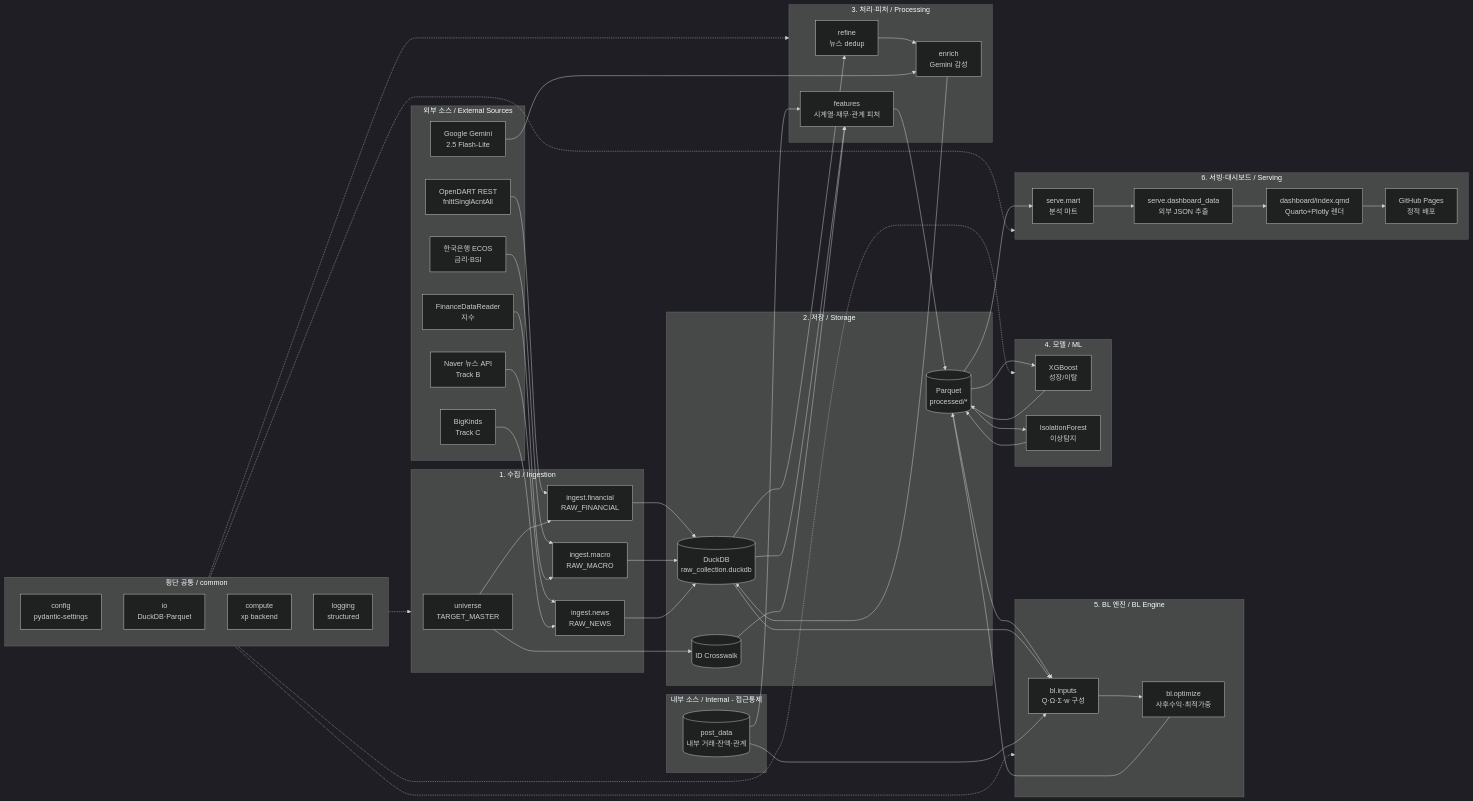
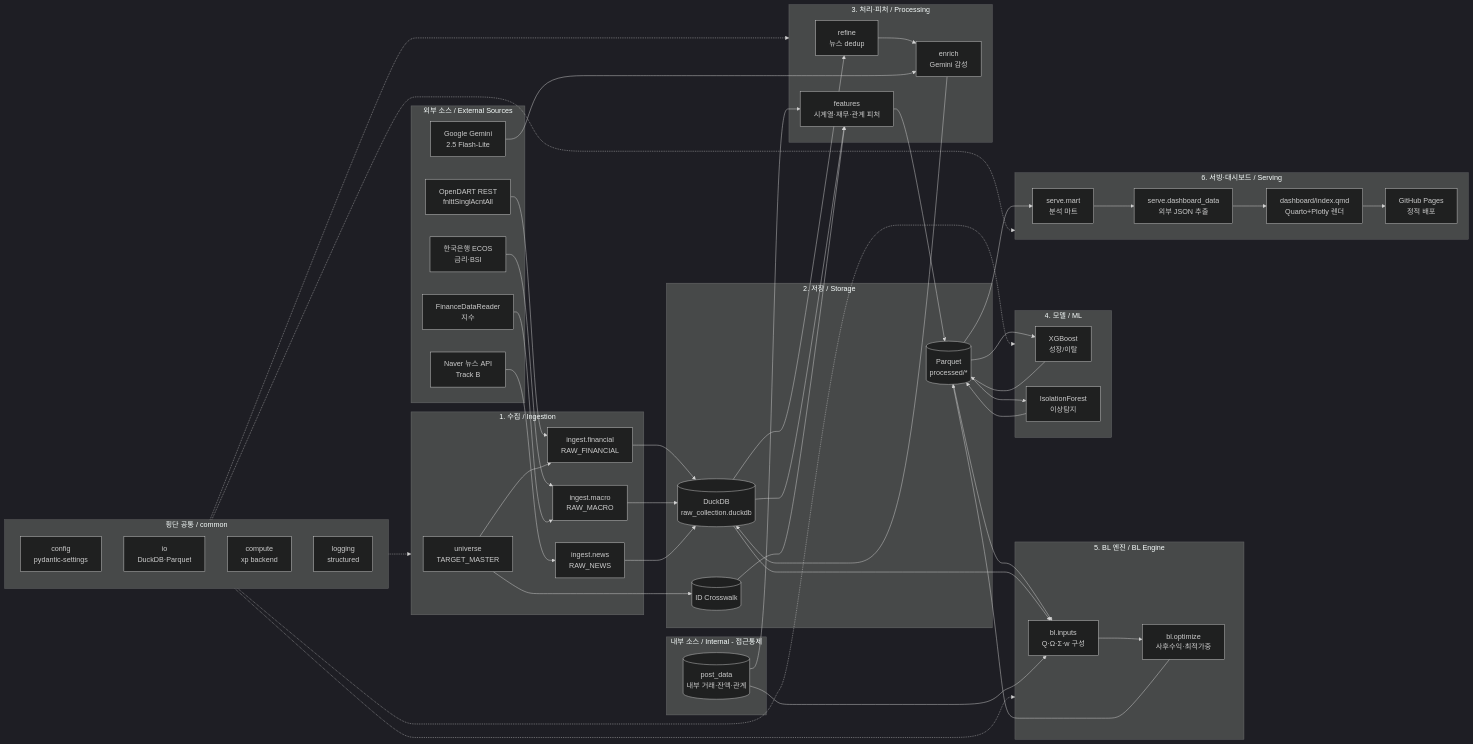
Before and after one commit to blunderblus/black_litterman_project: the first of 5 diagrams in docs/design/01-system-architecture.md, drawn with Mermaid (dark theme). The commit also changed other lines of this file and 9 other files, not shown here.

First line of the commit message:
docs: finish BigKinds(구 Track C) sweep across design/planning 9종; v0.2→v0.3

```diff
--- a/docs/design/01-system-architecture.md
+++ b/docs/design/01-system-architecture.md
@@ -114,7 +114,6 @@
     ECOS[한국은행 ECOS<br/>금리·BSI]
     FDR[FinanceDataReader<br/>지수]
     NAVER[Naver 뉴스 API<br/>Track B]
-    BIGKINDS[BigKinds<br/>Track C]
     GEMINI[Google Gemini<br/>2.5 Flash-Lite]
   end
 
@@ -169,7 +168,6 @@
   ECOS --> ING_MAC
   FDR --> ING_MAC
   NAVER --> ING_NEWS
-  BIGKINDS --> ING_NEWS
 
   UNI --> ING_FIN
   ING_FIN --> DUCK
```
